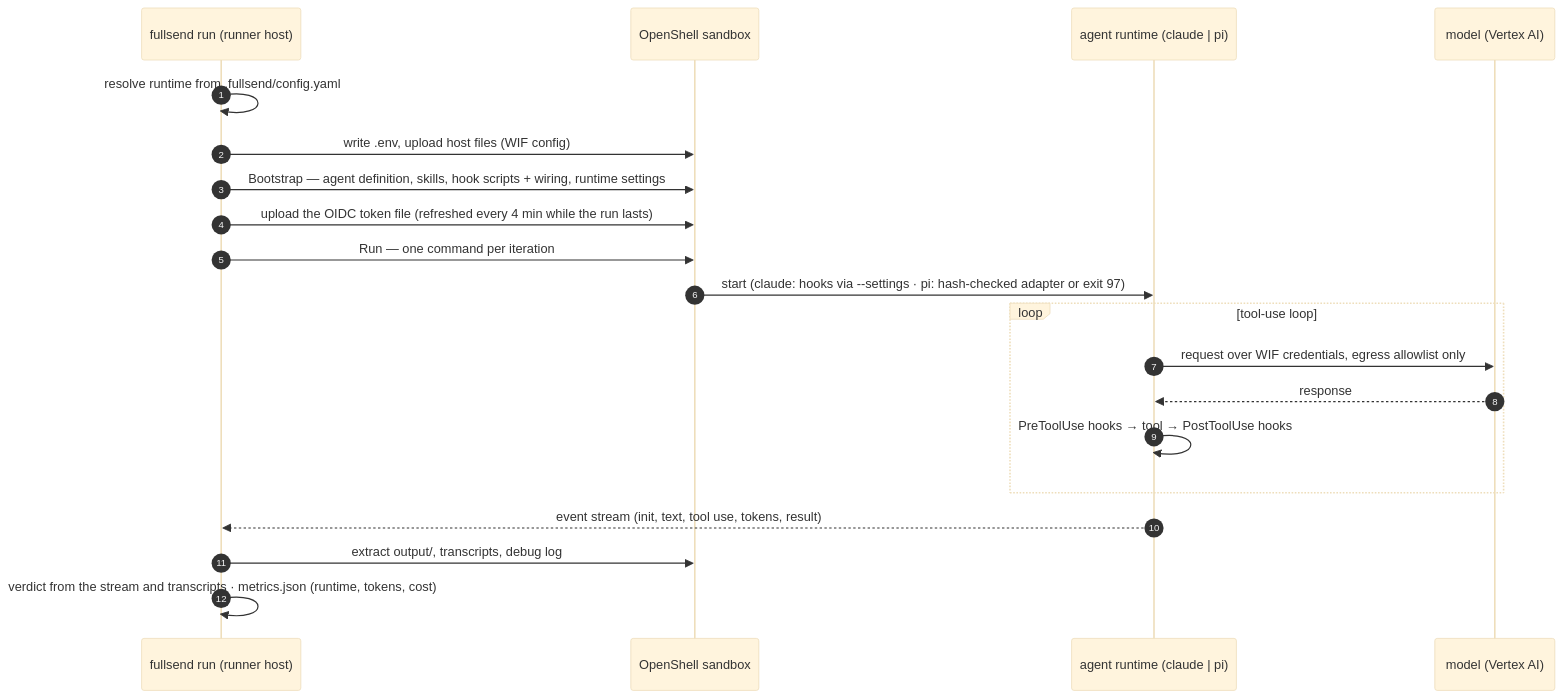
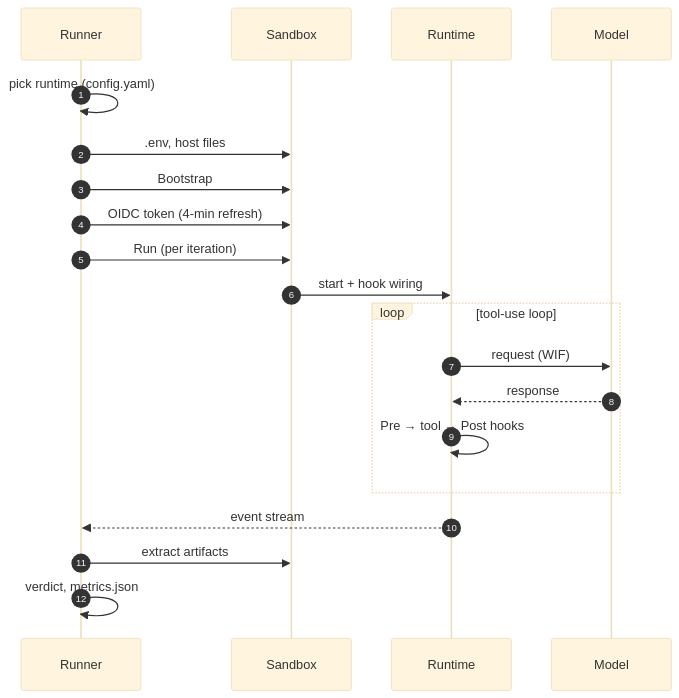
Before and after one commit to Benkapner/fullsend: the first of 3 diagrams in docs/runtimes.md, drawn with Mermaid (base theme). The commit also changed other lines of this file and 2 other files, not shown here.

Commit message:
docs(#6464): click-to-enlarge mermaid diagrams; reflow the wide runtime diagrams
Measured on the PR site preview with Playwright: the 688px content
column scaled the left-to-right runtime diagrams to 0.31-0.36 (4-9px
text) on desktop and 0.15-0.18 on a phone, and nothing was clickable.

- Mermaid.vue wraps the inline SVG in a button (hover hint, focus ring)
  that opens a native <dialog> showing the same SVG at its viewBox width
  in a scrollable pane, with a Fit-to-screen toggle, Close, Escape and
  backdrop-click; VitePress tokens for both themes; reduced motion
  honoured. Styles are unscoped (the SVG comes from v-html) and
  namespaced under .mermaid-*.
- The three wide diagrams are redrawn top-to-bottom and the sequence
  diagram's participants/messages shortened: inline scales are now
  0.98/0.88 (architecture), 0.70/0.79/1.00 (runtimes) on desktop.
- Verified with a container build (prettier clean, stylelint clean for
  the component, VitePress build, Playwright at 1440/390px: the lightbox
  opens at natural width, fits, and closes with Escape on every
  diagram).

````diff
--- a/docs/runtimes.md
+++ b/docs/runtimes.md
@@ -9,22 +9,22 @@
 ```mermaid
 sequenceDiagram
   autonumber
-  participant R as fullsend run (runner host)
-  participant S as OpenShell sandbox
-  participant A as agent runtime (claude | pi)
-  participant M as model (Vertex AI)
-  R->>R: resolve runtime from .fullsend/config.yaml
-  R->>S: write .env, upload host files (WIF config)
-  R->>S: Bootstrap — agent definition, skills, hook scripts + wiring, runtime settings
-  R->>S: upload the OIDC token file (refreshed every 4 min while the run lasts)
-  R->>S: Run — one command per iteration
-  S->>A: start (claude: hooks via --settings · pi: hash-checked adapter or exit 97)
+  participant R as Runner
+  participant S as Sandbox
+  participant A as Runtime
+  participant M as Model
+  R->>R: pick runtime (config.yaml)
+  R->>S: .env, host files
+  R->>S: Bootstrap
+  R->>S: OIDC token (4-min refresh)
+  R->>S: Run (per iteration)
+  S->>A: start + hook wiring
   loop tool-use loop
-    A->>M: request over WIF credentials, egress allowlist only
+    A->>M: request (WIF)
     M-->>A: response
-    A->>A: PreToolUse hooks → tool → PostToolUse hooks
+    A->>A: Pre → tool → Post hooks
   end
-  A-->>R: event stream (init, text, tool use, tokens, result)
-  R->>S: extract output/, transcripts, debug log
-  R->>R: verdict from the stream and transcripts · metrics.json (runtime, tokens, cost)
+  A-->>R: event stream
+  R->>S: extract artifacts
+  R->>R: verdict, metrics.json
 ```
````
